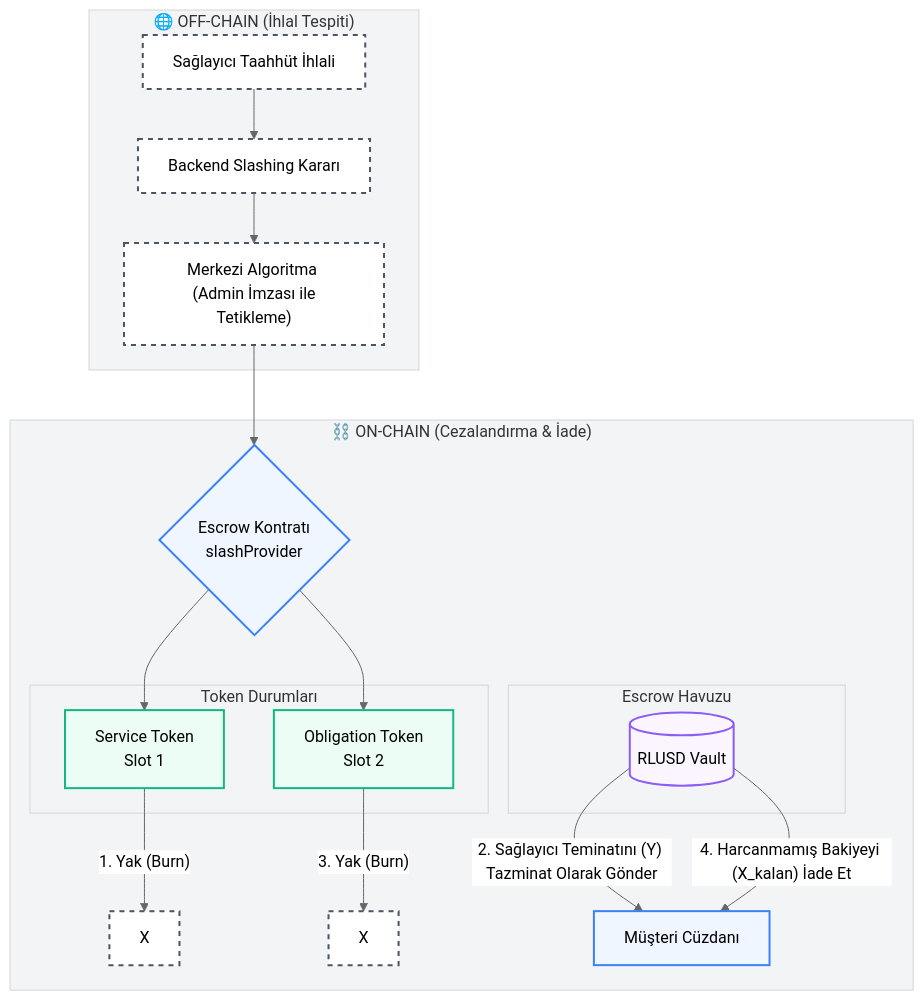
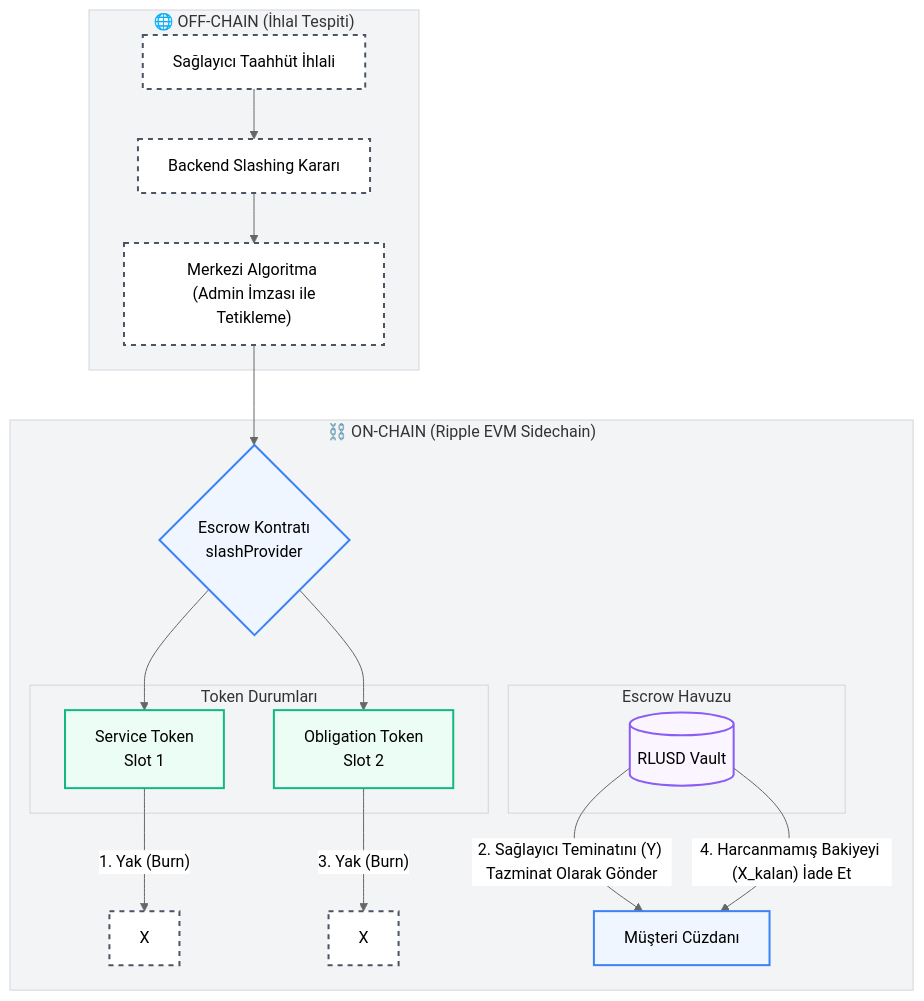
Before and after one commit to emirrmk/escrow-flow-diagrams: the fourth of 4 diagrams in README.md, drawn with Mermaid. The commit also changed other lines of this file, not shown here.

Commit message:
Add ERC-3525 and Ripple EVM Sidechain details to README

````diff
--- a/README.md
+++ b/README.md
@@ -119,37 +122,37 @@
 ```mermaid
 %%{init: {'theme': 'neutral', 'themeVariables': { 'primaryColor': '#f9fafb', 'edgeLabelBackground':'#ffffff', 'clusterBkg':'#f3f4f6', 'clusterBorder':'#d1d5db'}}}%%
 graph TD
     classDef offChainNode fill:#ffffff,stroke:#4b5563,stroke-width:2px,stroke-dasharray: 5 5;
     classDef onChainNode fill:#eff6ff,stroke:#3b82f6,stroke-width:2px;
     classDef tokenNode fill:#ecfdf5,stroke:#10b981,stroke-width:2px;
     classDef databaseNode fill:#faf5ff,stroke:#8b5cf6,stroke-width:2px;
 
     subgraph OffChain ["🌐 OFF-CHAIN (İhlal Tespiti)"]
         Breach["Sağlayıcı Taahhüt İhlali"]:::offChainNode --> Decision["Backend Slashing Kararı"]:::offChainNode
         Decision --> AlgTrig["Merkezi Algoritma <br> (Admin İmzası ile Tetikleme)"]:::offChainNode
     end
 
-    subgraph OnChain ["⛓️ ON-CHAIN (Cezalandırma & İade)"]
+    subgraph OnChain ["⛓️ ON-CHAIN (Ripple EVM Sidechain)"]
         AlgTrig --> SlashCall{"Escrow Kontratı <br> slashProvider"}:::onChainNode
         
         subgraph VaultState ["Escrow Havuzu"]
             Pool[("RLUSD Vault")]:::databaseNode
         end
 
         subgraph TokenState ["Token Durumları"]
             ST["Service Token <br> Slot 1"]:::tokenNode
             OT["Obligation Token <br> Slot 2"]:::tokenNode
         end
 
         SlashCall --> ST
         SlashCall --> OT
 
         %% Sağlayıcı Teminatı Tazminatı
         ST -- "1. Yak (Burn)" --> BurnST[X]:::offChainNode
         Pool -- "2. Sağlayıcı Teminatını (Y) Tazminat Olarak Gönder" --> Cust["Müşteri Cüzdanı"]:::onChainNode
 
         %% Müşteri Bakiyesi İadesi
         OT -- "3. Yak (Burn)" --> BurnOT[X]:::offChainNode
         Pool -- "4. Harcanmamış Bakiyeyi (X_kalan) İade Et" --> Cust
     end
 ```
````
